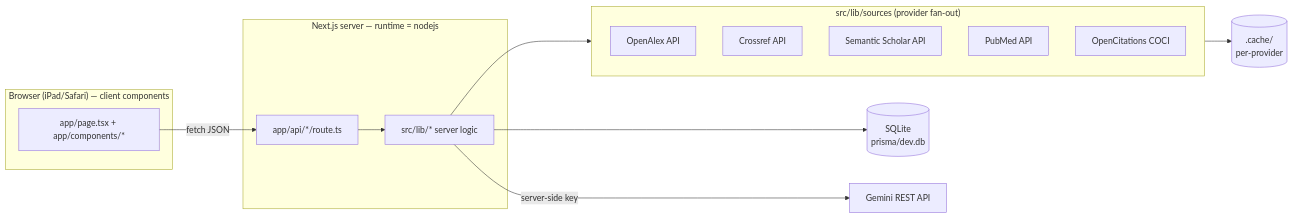
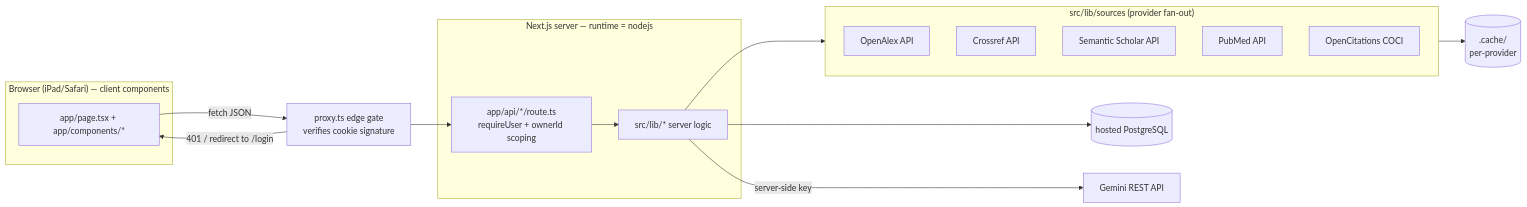
Before and after one commit to Oridjinnn/so-study: the diagram in docs/ARCHITECTURE.md, drawn with Mermaid. The commit also changed other lines of this file and 5 other files, not shown here.

````diff
--- a/docs/ARCHITECTURE.md
+++ b/docs/ARCHITECTURE.md
@@ -15,27 +22,30 @@
 ```mermaid
 flowchart LR
   subgraph Browser["Browser (iPad/Safari) — client components"]
     UI[app/page.tsx + app/components/*]
   end
+  PROXY[proxy.ts edge gate<br/>verifies cookie signature]
   subgraph Server["Next.js server — runtime = nodejs"]
-    API[app/api/*/route.ts]
+    API[app/api/*/route.ts<br/>requireUser + ownerId scoping]
     LOGIC[src/lib/* server logic]
   end
-   DB[(SQLite<br/>prisma/dev.db)]
+   DB[(hosted PostgreSQL)]
    GEM[Gemini REST API]
    subgraph SRC["src/lib/sources (provider fan-out)"]
      OA[OpenAlex API]
      CR[Crossref API]
      S2[Semantic Scholar API]
      PM[PubMed API]
      COCI[OpenCitations COCI]
    end
    SCACHE[(.cache/<br/>per-provider)]
 
-   UI -->|fetch JSON| API
+   UI -->|fetch JSON| PROXY
+   PROXY -->|401 / redirect to /login| UI
+   PROXY --> API
    API --> LOGIC
    LOGIC --> DB
    LOGIC -->|server-side key| GEM
    LOGIC --> SRC
    SRC --> SCACHE
 ```
````
